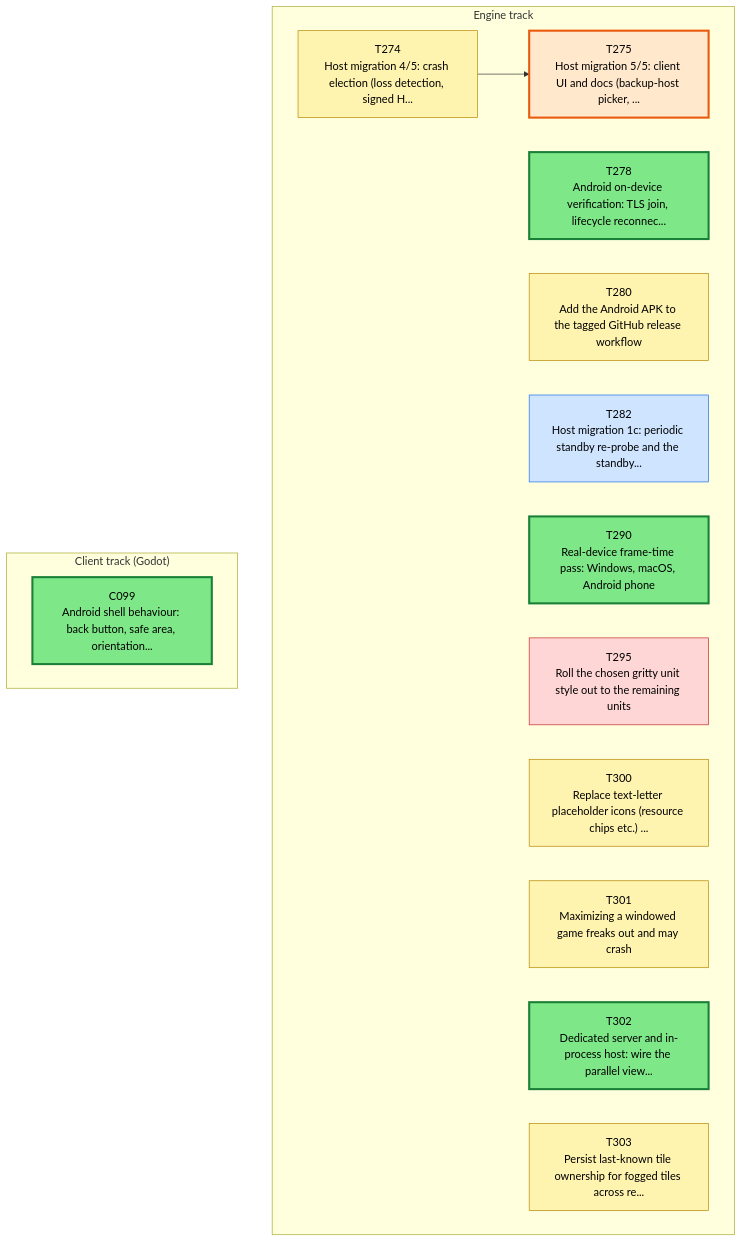
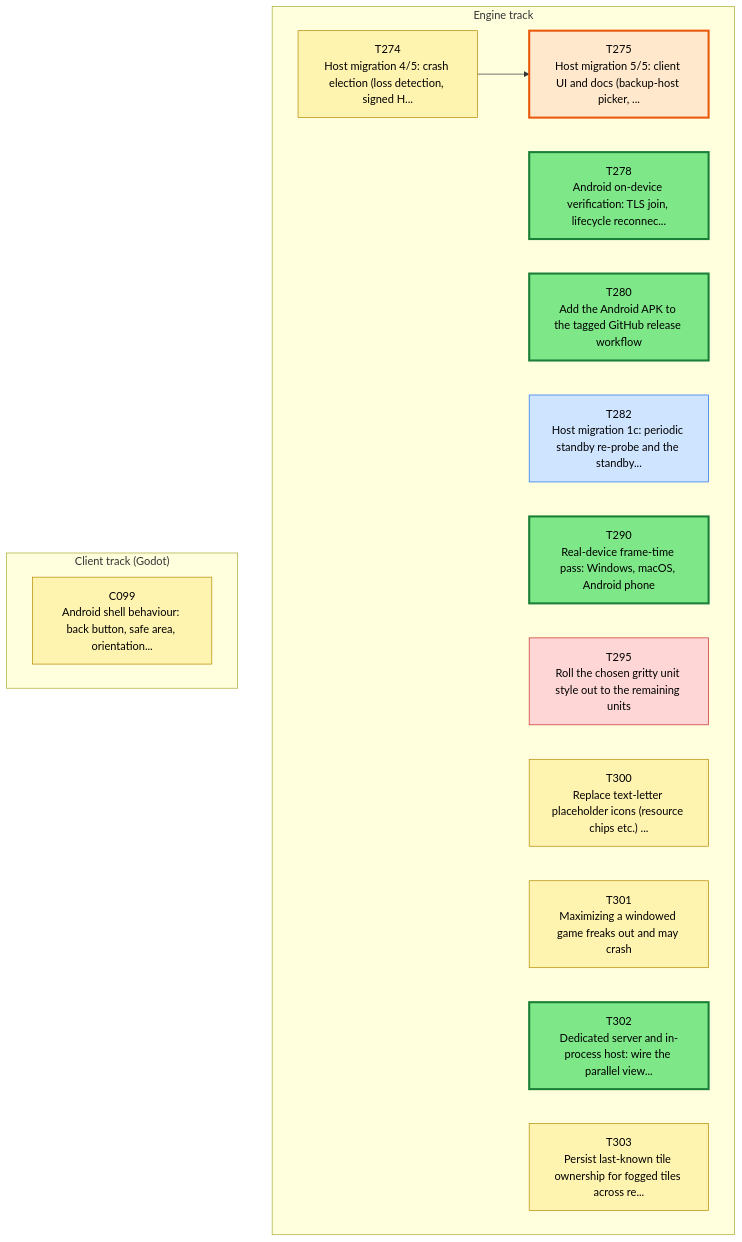
One commit to Kenmura/Unciv changed the first of 3 diagrams in csharp/migration/DEPENDENCY_MAP.md. Above: the diagram before and after it, drawn with Mermaid. The commit also changed other lines of this file and 1 other file, not shown here.

Commit message:
migration: claim C099 [Claude] 2026-10-30T14:08Z

````diff
--- a/csharp/migration/DEPENDENCY_MAP.md
+++ b/csharp/migration/DEPENDENCY_MAP.md
@@ -35,39 +35,39 @@
 ```mermaid
 flowchart TD
   subgraph TTRACK["Engine track"]
     T274["T274<br/>Host migration 4/5: crash election (loss detection, signed H..."]
     T275["T275<br/>Host migration 5/5: client UI and docs (backup-host picker, ..."]
     T278["T278<br/>Android on-device verification: TLS join, lifecycle reconnec..."]
     T280["T280<br/>Add the Android APK to the tagged GitHub release workflow"]
     T282["T282<br/>Host migration 1c: periodic standby re-probe and the standby..."]
     T290["T290<br/>Real-device frame-time pass: Windows, macOS, Android phone"]
     T295["T295<br/>Roll the chosen gritty unit style out to the remaining units"]
     T300["T300<br/>Replace text-letter placeholder icons (resource chips etc.) ..."]
     T301["T301<br/>Maximizing a windowed game freaks out and may crash"]
     T302["T302<br/>Dedicated server and in-process host: wire the parallel view..."]
     T303["T303<br/>Persist last-known tile ownership for fogged tiles across re..."]
   end
   subgraph CTRACK["Client track (Godot)"]
     C099["C099<br/>Android shell behaviour: back button, safe area, orientation..."]
   end
   T274 --> T275
   classDef waiting fill:#f3faf3,stroke:#9bc49b,color:#555,stroke-dasharray:2 2
   classDef ondeck fill:#ffe8cc,stroke:#e8590c,stroke-width:3px,color:#000
   classDef ready fill:#7ee787,stroke:#1a7f37,stroke-width:3px,color:#000
   classDef prog fill:#fff3b0,stroke:#b58900,color:#000
   classDef review fill:#cfe4ff,stroke:#1f6feb,color:#000
   classDef blocked fill:#ffd6d6,stroke:#c62828,color:#000
   classDef done fill:#eeeeee,stroke:#999999,color:#666,stroke-dasharray:4 3
-  class C099 ready
+  class C099 prog
   class T274 prog
   class T275 ondeck
   class T278 ready
-  class T280 prog
+  class T280 ready
   class T282 review
   class T290 ready
   class T295 blocked
   class T300 prog
   class T301 prog
   class T302 ready
   class T303 prog
 ```
````
